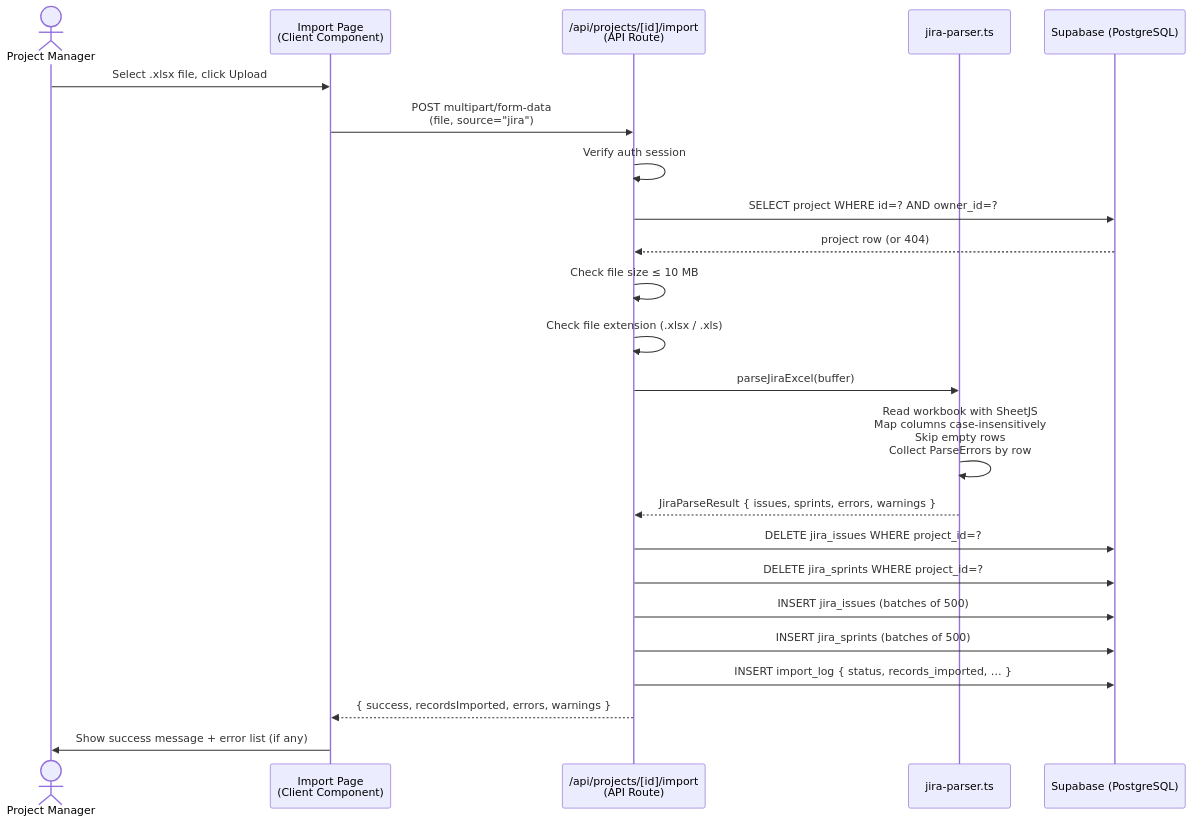
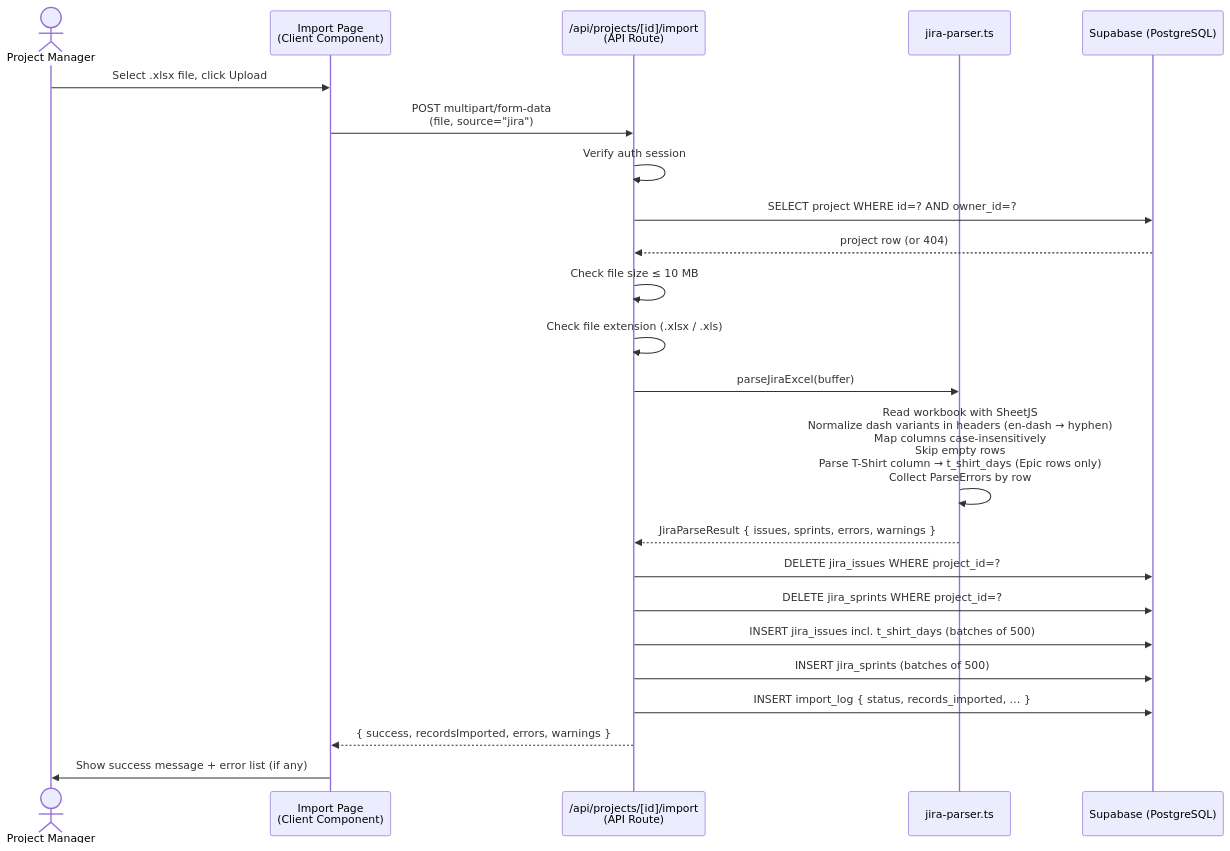
One commit to matthias1309/project_buddy changed the first of 5 diagrams in docs/arc42/06_runtime.md. Above: the diagram before and after it, drawn with Mermaid. The commit also changed other lines of this file and 1 other file, not shown here.

````diff
--- a/docs/arc42/06_runtime.md
+++ b/docs/arc42/06_runtime.md
@@ -7,26 +7,26 @@
 ```mermaid
 sequenceDiagram
     actor PM as Project Manager
     participant UI as Import Page<br/>(Client Component)
     participant API as /api/projects/[id]/import<br/>(API Route)
     participant Parser as jira-parser.ts
     participant DB as Supabase (PostgreSQL)
 
     PM->>UI: Select .xlsx file, click Upload
     UI->>API: POST multipart/form-data<br/>(file, source="jira")
     API->>API: Verify auth session
     API->>DB: SELECT project WHERE id=? AND owner_id=?
     DB-->>API: project row (or 404)
     API->>API: Check file size ≤ 10 MB
     API->>API: Check file extension (.xlsx / .xls)
     API->>Parser: parseJiraExcel(buffer)
-    Parser->>Parser: Read workbook with SheetJS<br/>Map columns case-insensitively<br/>Skip empty rows<br/>Collect ParseErrors by row
+    Parser->>Parser: Read workbook with SheetJS<br/>Normalize dash variants in headers (en-dash → hyphen)<br/>Map columns case-insensitively<br/>Skip empty rows<br/>Parse T-Shirt column → t_shirt_days (Epic rows only)<br/>Collect ParseErrors by row
     Parser-->>API: JiraParseResult { issues, sprints, errors, warnings }
     API->>DB: DELETE jira_issues WHERE project_id=?
     API->>DB: DELETE jira_sprints WHERE project_id=?
-    API->>DB: INSERT jira_issues (batches of 500)
+    API->>DB: INSERT jira_issues incl. t_shirt_days (batches of 500)
     API->>DB: INSERT jira_sprints (batches of 500)
     API->>DB: INSERT import_log { status, records_imported, … }
     API-->>UI: { success, recordsImported, errors, warnings }
     UI->>PM: Show success message + error list (if any)
 ```
````
